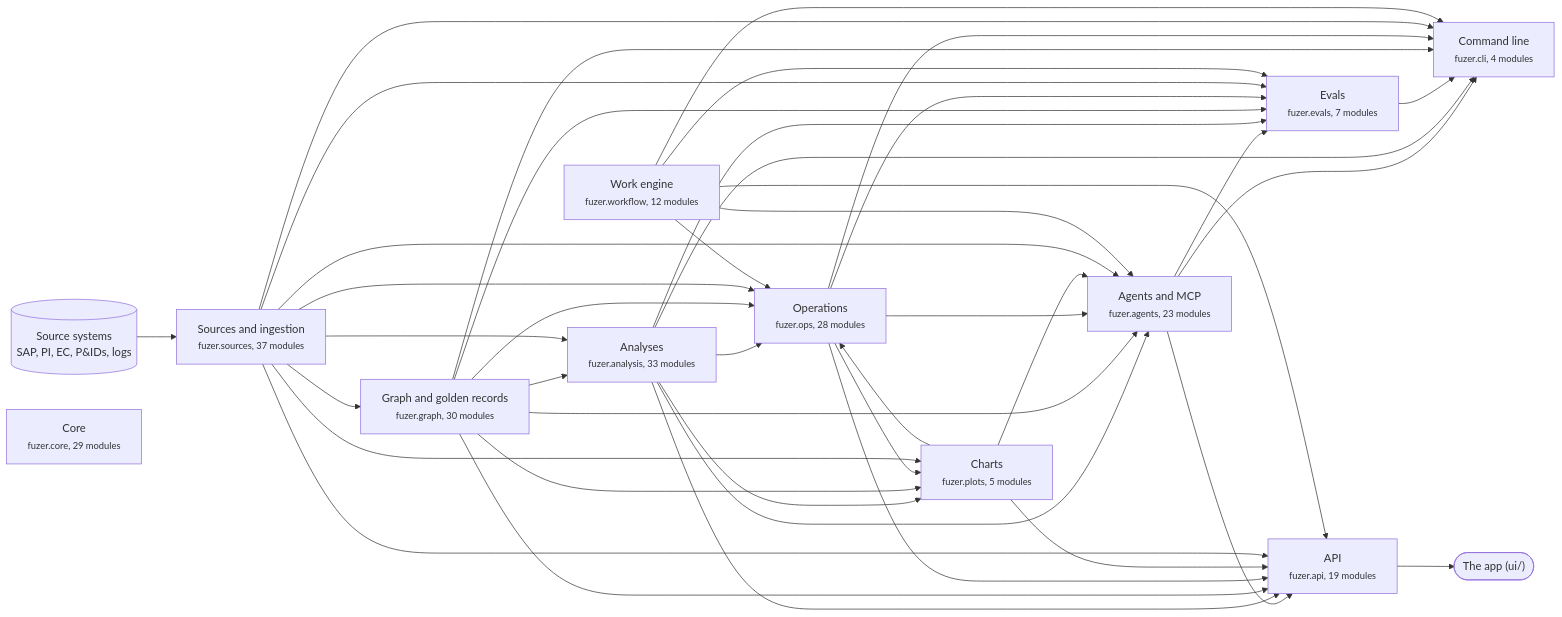
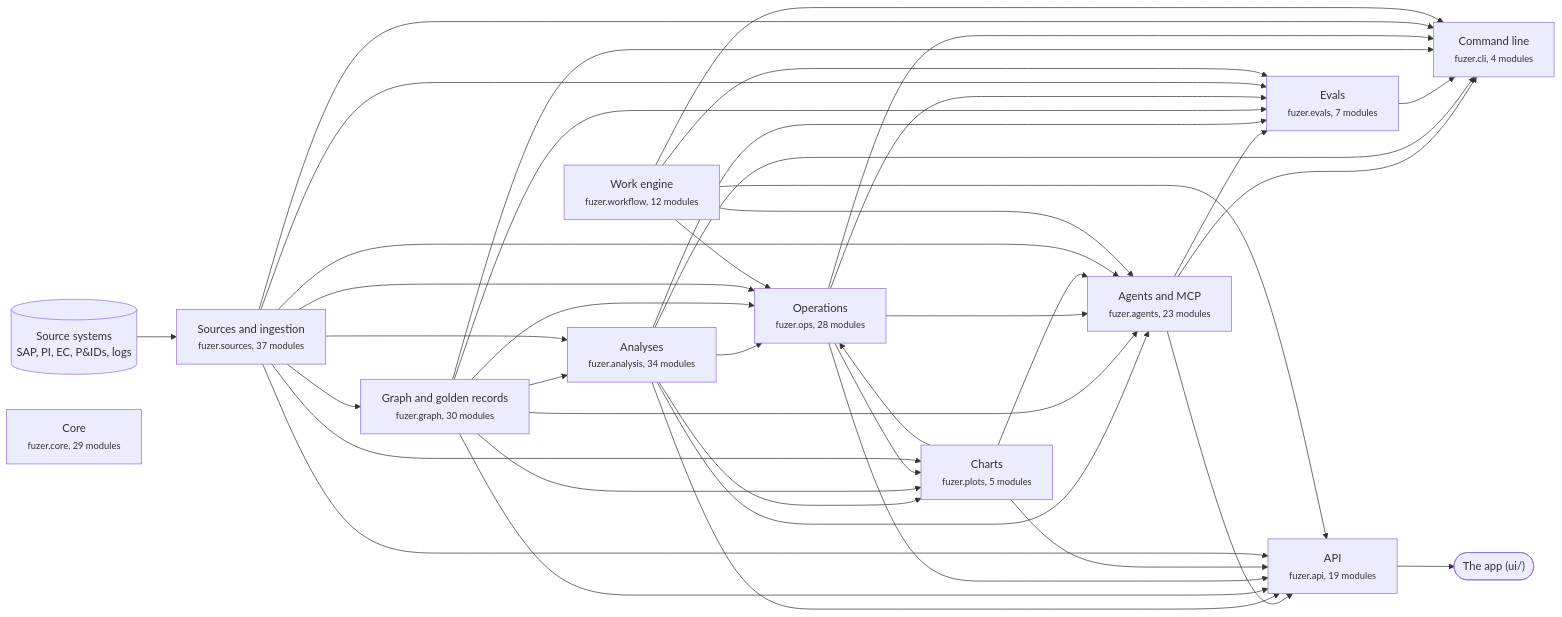
Before and after one commit to areed145/fuzer: the first of 3 diagrams in docs/architecture.md, drawn with Mermaid. The commit also changed other lines of this file and 12 other files, not shown here.

````diff
--- a/docs/architecture.md
+++ b/docs/architecture.md
@@ -8,66 +8,66 @@
 ```mermaid
 flowchart LR
   systems[("Source systems<br>SAP, PI, EC, P&IDs, logs")] --> c_sources
   app(["The app (ui/)"])
   c_api --> app
   c_sources["Sources and ingestion<br><small>fuzer.sources, 37 modules</small>"]
   c_graph["Graph and golden records<br><small>fuzer.graph, 30 modules</small>"]
-  c_analysis["Analyses<br><small>fuzer.analysis, 33 modules</small>"]
+  c_analysis["Analyses<br><small>fuzer.analysis, 34 modules</small>"]
   c_ops["Operations<br><small>fuzer.ops, 28 modules</small>"]
   c_plots["Charts<br><small>fuzer.plots, 5 modules</small>"]
   c_workflow["Work engine<br><small>fuzer.workflow, 12 modules</small>"]
   c_agents["Agents and MCP<br><small>fuzer.agents, 23 modules</small>"]
   c_evals["Evals<br><small>fuzer.evals, 7 modules</small>"]
   c_api["API<br><small>fuzer.api, 19 modules</small>"]
   c_cli["Command line<br><small>fuzer.cli, 4 modules</small>"]
   c_core["Core<br><small>fuzer.core, 29 modules</small>"]
   c_sources --> c_graph
   c_graph --> c_analysis
   c_sources --> c_analysis
   c_analysis --> c_ops
   c_graph --> c_ops
   c_plots --> c_ops
   c_sources --> c_ops
   c_workflow --> c_ops
   c_analysis --> c_plots
   c_graph --> c_plots
   c_ops --> c_plots
   c_sources --> c_plots
   c_analysis --> c_agents
   c_graph --> c_agents
   c_ops --> c_agents
   c_plots --> c_agents
   c_sources --> c_agents
   c_workflow --> c_agents
   c_agents --> c_evals
   c_analysis --> c_evals
   c_graph --> c_evals
   c_ops --> c_evals
   c_sources --> c_evals
   c_workflow --> c_evals
   c_agents --> c_api
   c_analysis --> c_api
   c_graph --> c_api
   c_ops --> c_api
   c_plots --> c_api
   c_sources --> c_api
   c_workflow --> c_api
   c_agents --> c_cli
   c_analysis --> c_cli
   c_evals --> c_cli
   c_graph --> c_cli
   c_ops --> c_cli
   c_sources --> c_cli
   c_workflow --> c_cli
   click c_sources "https://github.com/areed145/fuzer/tree/main/src/fuzer/sources"
   click c_graph "https://github.com/areed145/fuzer/tree/main/src/fuzer/graph"
   click c_analysis "https://github.com/areed145/fuzer/tree/main/src/fuzer/analysis"
   click c_ops "https://github.com/areed145/fuzer/tree/main/src/fuzer/ops"
   click c_plots "https://github.com/areed145/fuzer/tree/main/src/fuzer/plots"
   click c_workflow "https://github.com/areed145/fuzer/tree/main/src/fuzer/workflow"
   click c_agents "https://github.com/areed145/fuzer/tree/main/src/fuzer/agents"
   click c_evals "https://github.com/areed145/fuzer/tree/main/src/fuzer/evals"
   click c_api "https://github.com/areed145/fuzer/tree/main/src/fuzer/api"
   click c_cli "https://github.com/areed145/fuzer/tree/main/src/fuzer/cli"
   click c_core "https://github.com/areed145/fuzer/tree/main/src/fuzer/core"
 ```
````
